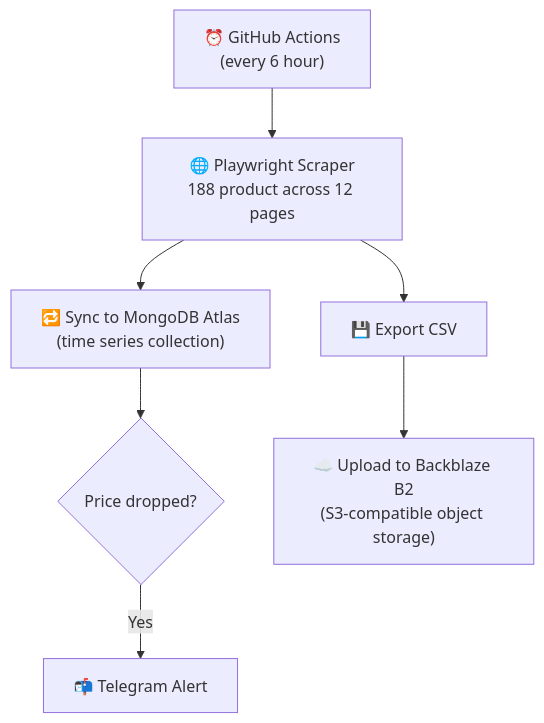
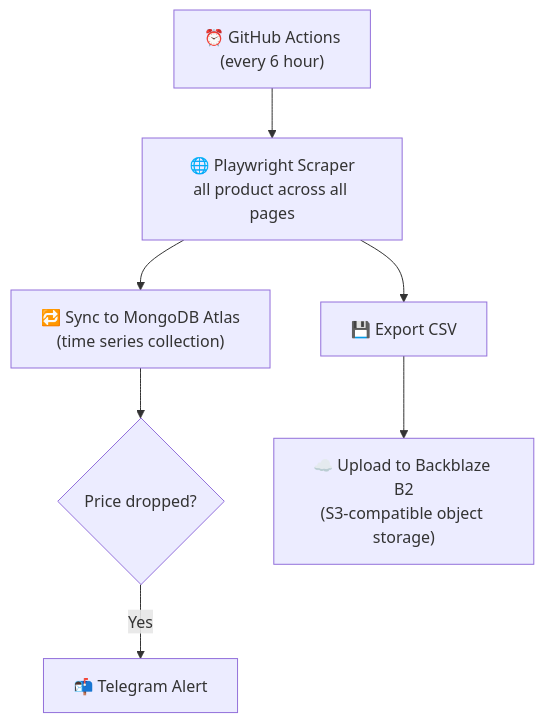
One commit to min-naing/ts-price-watch changed the diagram in README.md. Above: the diagram before and after it, drawn with Mermaid. The commit also changed other lines of this file and 9 other files, not shown here.

````diff
--- a/README.md
+++ b/README.md
@@ -7,10 +7,10 @@
 ```mermaid
 flowchart TD
     A["⏰ GitHub Actions <br> (every 6 hour)"] 
-    A --> B["🌐 Playwright Scraper<br>188 product across 12 pages"] 
+    A --> B["🌐 Playwright Scraper<br>all product across all pages"] 
     B --> C["🔁 Sync to MongoDB Atlas<br>(time series collection)"]
     C --> D{Price dropped?}
     D --> |Yes| E["📬 Telegram Alert"]
     B --> F["💾 Export CSV"]
     F --> G["☁️ Upload to Backblaze B2<br>(S3-compatible object storage)"]
 ```
````
